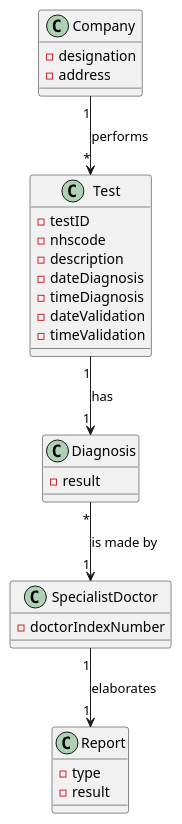
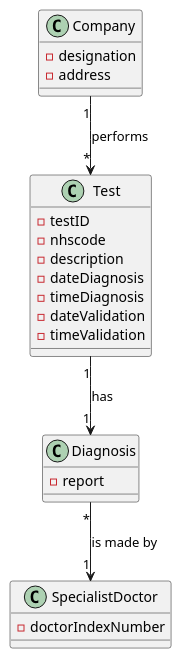
Before and after one commit to jsmarques98/LAPR2-ISEP: the diagram in docs/SprintC/US14/US14_DM.puml, drawn with PlantUML. The commit also changed 32 other files, not shown here.

```diff
--- a/docs/SprintC/US14/US14_DM.puml
+++ b/docs/SprintC/US14/US14_DM.puml
@@ -1,37 +1,34 @@
 @startuml
 'https://plantuml.com/class-diagram
 
-Company "1" --> "*" Test : performs
-Test "1" --> "1" Diagnosis : has
-Diagnosis "*" --> "1" SpecialistDoctor : is made by
-SpecialistDoctor "1" --> "1" Report : elaborates
 
 class Company {
 - designation
 - address
 }
 
 class Test {
 - testID
 - nhscode
 - description
 - dateDiagnosis
 - timeDiagnosis
 - dateValidation
 - timeValidation
 }
 
 class Diagnosis {
-- result
+- report
 }
 
 class SpecialistDoctor {
 - doctorIndexNumber
 }
 
-class Report {
-- type
-- result
-}
+Company "1" --> "*" Test : performs
+Test "1" --> "1" Diagnosis : has
+Diagnosis "*" --> "1" SpecialistDoctor : is made by
+
+
 
 @enduml
```
